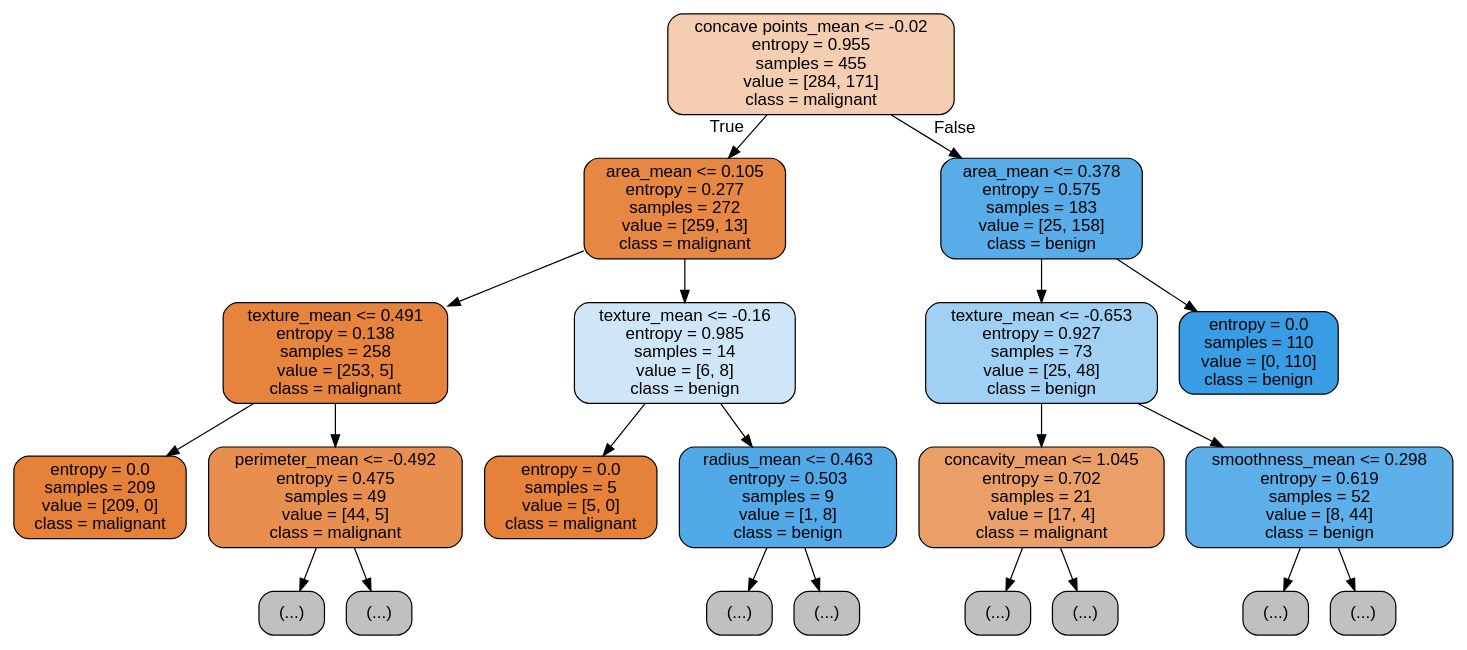
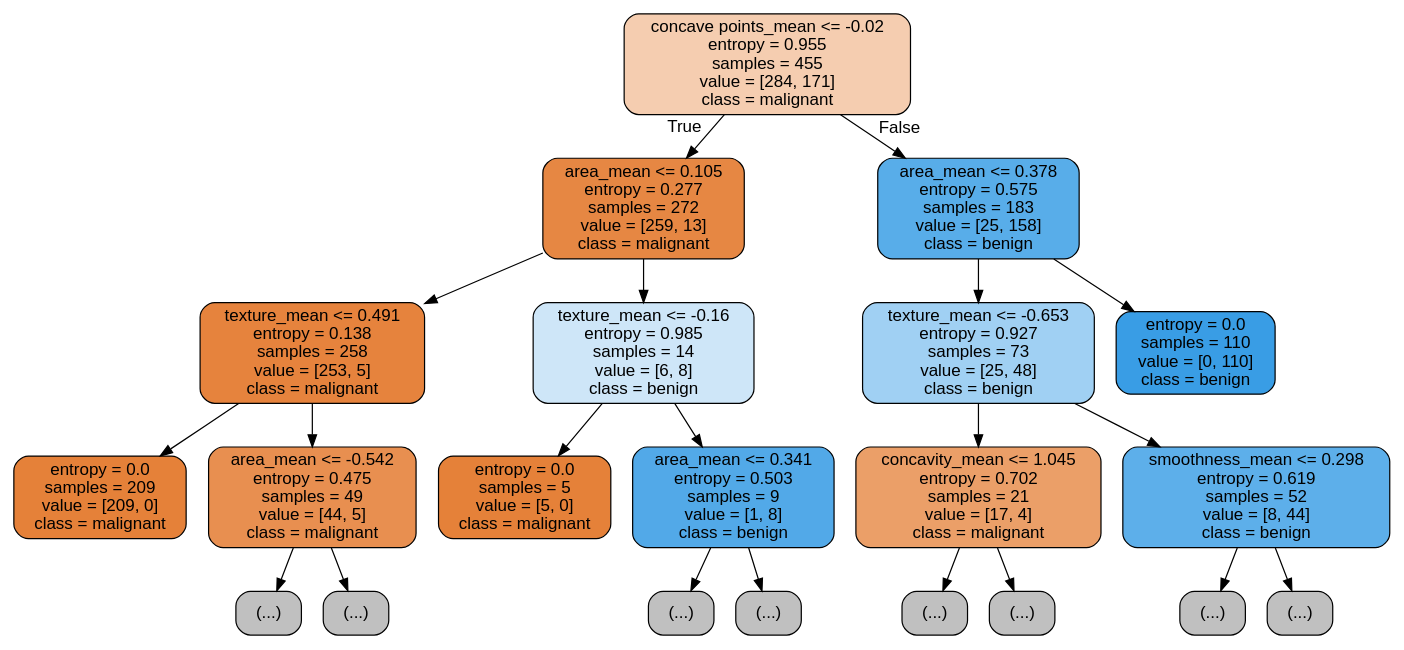
Before and after one commit to kaylee01/Assignment3-ML: the diagram in images/tree.dot, drawn with Graphviz. The commit also changed 1 other file, not shown here.

```diff
--- a/images/tree.dot
+++ b/images/tree.dot
@@ -1,45 +1,45 @@
 digraph Tree {
 node [shape=box, style="filled, rounded", color="black", fontname="helvetica"] ;
 edge [fontname="helvetica"] ;
 0 [label="concave points_mean <= -0.02\nentropy = 0.955\nsamples = 455\nvalue = [284, 171]\nclass = malignant", fillcolor="#f5cdb0"] ;
 1 [label="area_mean <= 0.105\nentropy = 0.277\nsamples = 272\nvalue = [259, 13]\nclass = malignant", fillcolor="#e68743"] ;
 0 -> 1 [labeldistance=2.5, labelangle=45, headlabel="True"] ;
 2 [label="texture_mean <= 0.491\nentropy = 0.138\nsamples = 258\nvalue = [253, 5]\nclass = malignant", fillcolor="#e6833d"] ;
 1 -> 2 ;
 3 [label="entropy = 0.0\nsamples = 209\nvalue = [209, 0]\nclass = malignant", fillcolor="#e58139"] ;
 2 -> 3 ;
-4 [label="perimeter_mean <= -0.492\nentropy = 0.475\nsamples = 49\nvalue = [44, 5]\nclass = malignant", fillcolor="#e88f50"] ;
+4 [label="area_mean <= -0.542\nentropy = 0.475\nsamples = 49\nvalue = [44, 5]\nclass = malignant", fillcolor="#e88f50"] ;
 2 -> 4 ;
 5 [label="(...)", fillcolor="#C0C0C0"] ;
 4 -> 5 ;
 6 [label="(...)", fillcolor="#C0C0C0"] ;
 4 -> 6 ;
 9 [label="texture_mean <= -0.16\nentropy = 0.985\nsamples = 14\nvalue = [6, 8]\nclass = benign", fillcolor="#cee6f8"] ;
 1 -> 9 ;
 10 [label="entropy = 0.0\nsamples = 5\nvalue = [5, 0]\nclass = malignant", fillcolor="#e58139"] ;
 9 -> 10 ;
-11 [label="radius_mean <= 0.463\nentropy = 0.503\nsamples = 9\nvalue = [1, 8]\nclass = benign", fillcolor="#52a9e8"] ;
+11 [label="area_mean <= 0.341\nentropy = 0.503\nsamples = 9\nvalue = [1, 8]\nclass = benign", fillcolor="#52a9e8"] ;
 9 -> 11 ;
 12 [label="(...)", fillcolor="#C0C0C0"] ;
 11 -> 12 ;
 13 [label="(...)", fillcolor="#C0C0C0"] ;
 11 -> 13 ;
 14 [label="area_mean <= 0.378\nentropy = 0.575\nsamples = 183\nvalue = [25, 158]\nclass = benign", fillcolor="#58ade9"] ;
 0 -> 14 [labeldistance=2.5, labelangle=-45, headlabel="False"] ;
 15 [label="texture_mean <= -0.653\nentropy = 0.927\nsamples = 73\nvalue = [25, 48]\nclass = benign", fillcolor="#a0d0f3"] ;
 14 -> 15 ;
 16 [label="concavity_mean <= 1.045\nentropy = 0.702\nsamples = 21\nvalue = [17, 4]\nclass = malignant", fillcolor="#eb9f68"] ;
 15 -> 16 ;
 17 [label="(...)", fillcolor="#C0C0C0"] ;
 16 -> 17 ;
 20 [label="(...)", fillcolor="#C0C0C0"] ;
 16 -> 20 ;
 21 [label="smoothness_mean <= 0.298\nentropy = 0.619\nsamples = 52\nvalue = [8, 44]\nclass = benign", fillcolor="#5dafea"] ;
 15 -> 21 ;
 22 [label="(...)", fillcolor="#C0C0C0"] ;
 21 -> 22 ;
 25 [label="(...)", fillcolor="#C0C0C0"] ;
 21 -> 25 ;
 28 [label="entropy = 0.0\nsamples = 110\nvalue = [0, 110]\nclass = benign", fillcolor="#399de5"] ;
 14 -> 28 ;
 }
```
